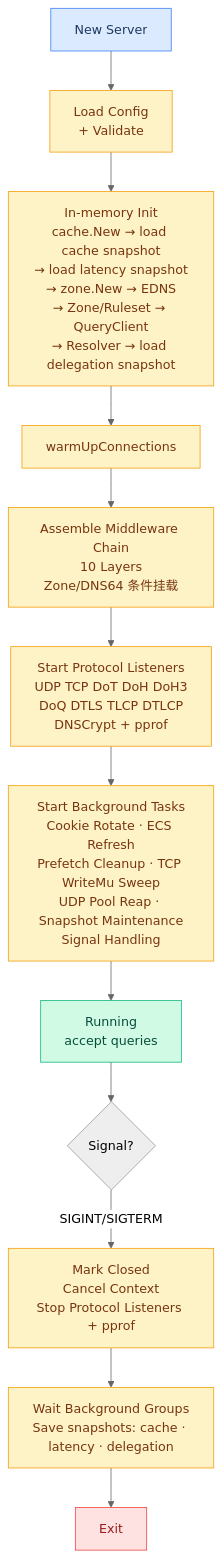
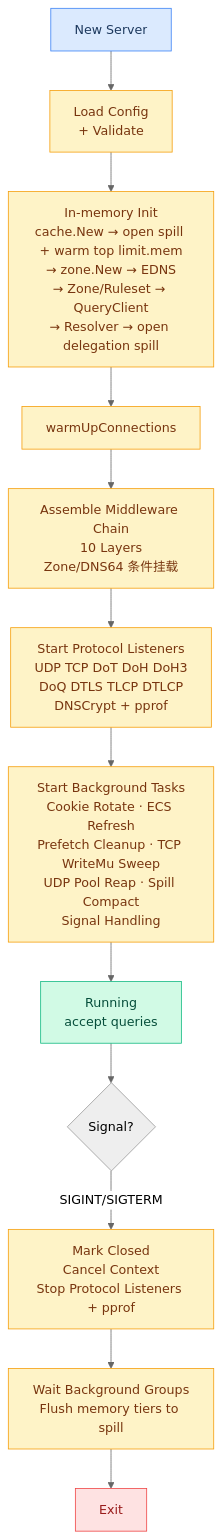
The second of 31 diagrams in docs/FLOWCHARTS.md (hezhijie0327/ZJDNS), drawn with Mermaid (neutral theme) before and after one commit. The commit also changed other lines of this file and 44 other files, not shown here.

First line of the commit message:
feat: two-tier cache with disk spill store (limit.mem + limit.disk)

````diff
--- a/docs/FLOWCHARTS.md
+++ b/docs/FLOWCHARTS.md
@@ -54,22 +54,22 @@
 ```mermaid
 graph TD
     START[New Server] --> LOADCONF[Load Config<br/>+ Validate]
-    LOADCONF --> INIT[In-memory Init<br/>cache.New → load cache snapshot<br/>→ load latency snapshot<br/>→ zone.New → EDNS<br/>→ Zone/Ruleset → QueryClient<br/>→ Resolver → load delegation snapshot]
+    LOADCONF --> INIT[In-memory Init<br/>cache.New → open spill + warm top limit.mem<br/>→ zone.New → EDNS<br/>→ Zone/Ruleset → QueryClient<br/>→ Resolver → open delegation spill]
     INIT --> WARM[warmUpConnections]
     WARM --> INITMW[Assemble Middleware Chain<br/>10 Layers<br/>Zone/DNS64 条件挂载]
     INITMW --> STARTPROTO[Start Protocol Listeners<br/>UDP TCP DoT DoH DoH3<br/>DoQ DTLS TLCP DTLCP<br/>DNSCrypt + pprof]
-    STARTPROTO --> BG[Start Background Tasks<br/>Cookie Rotate · ECS Refresh<br/>Prefetch Cleanup · TCP WriteMu Sweep<br/>UDP Pool Reap · Snapshot Maintenance<br/>Signal Handling]
+    STARTPROTO --> BG[Start Background Tasks<br/>Cookie Rotate · ECS Refresh<br/>Prefetch Cleanup · TCP WriteMu Sweep<br/>UDP Pool Reap · Spill Compact<br/>Signal Handling]
     BG --> RUNNING[Running<br/>accept queries]
     RUNNING --> SIG{Signal?}
     SIG -->|SIGINT/SIGTERM| SHUTDOWN[Mark Closed<br/>Cancel Context<br/>Stop Protocol Listeners + pprof]
-    SHUTDOWN --> WAITBG[Wait Background Groups<br/>Save snapshots: cache · latency · delegation]
+    SHUTDOWN --> WAITBG[Wait Background Groups<br/>Flush memory tiers to spill]
     WAITBG --> EXIT[Exit]
     classDef start fill:#dbeafe,stroke:#3b82f6,color:#1e3a5f
     classDef proc fill:#fef3c7,stroke:#f59e0b,color:#78350f
     classDef running fill:#d1fae5,stroke:#10b981,color:#064e3b
     classDef exit fill:#fee2e2,stroke:#ef4444,color:#991b1b
     class START start
     class LOADCONF,INIT,WARM,INITMW,STARTPROTO,BG,SHUTDOWN,WAITBG proc
     class RUNNING running
     class EXIT exit
 ```
````
